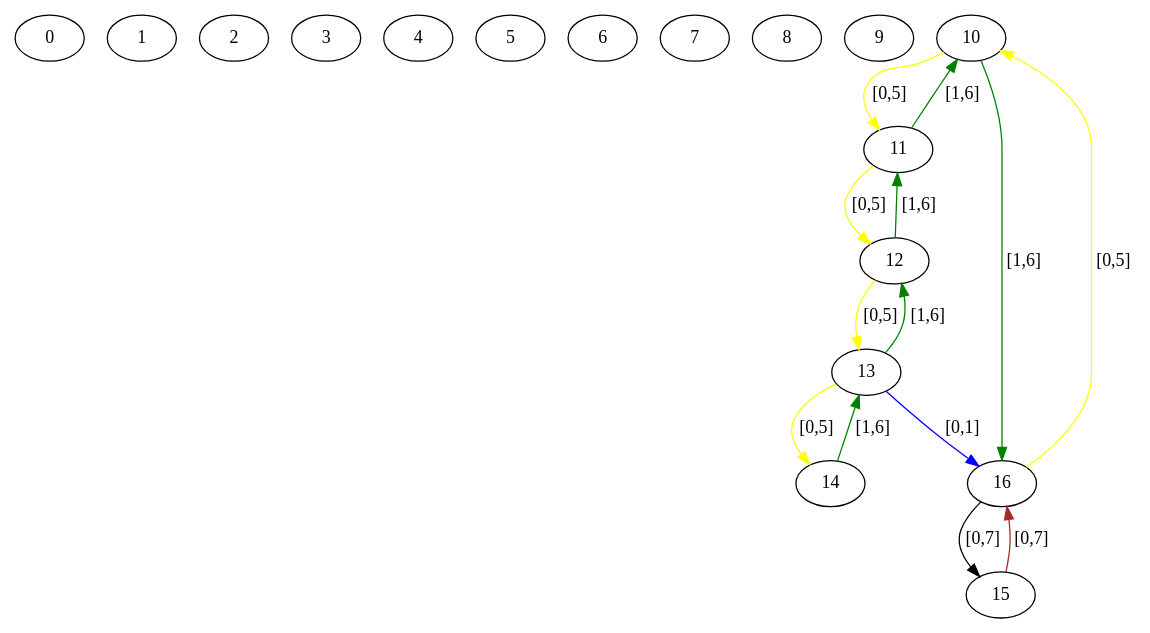
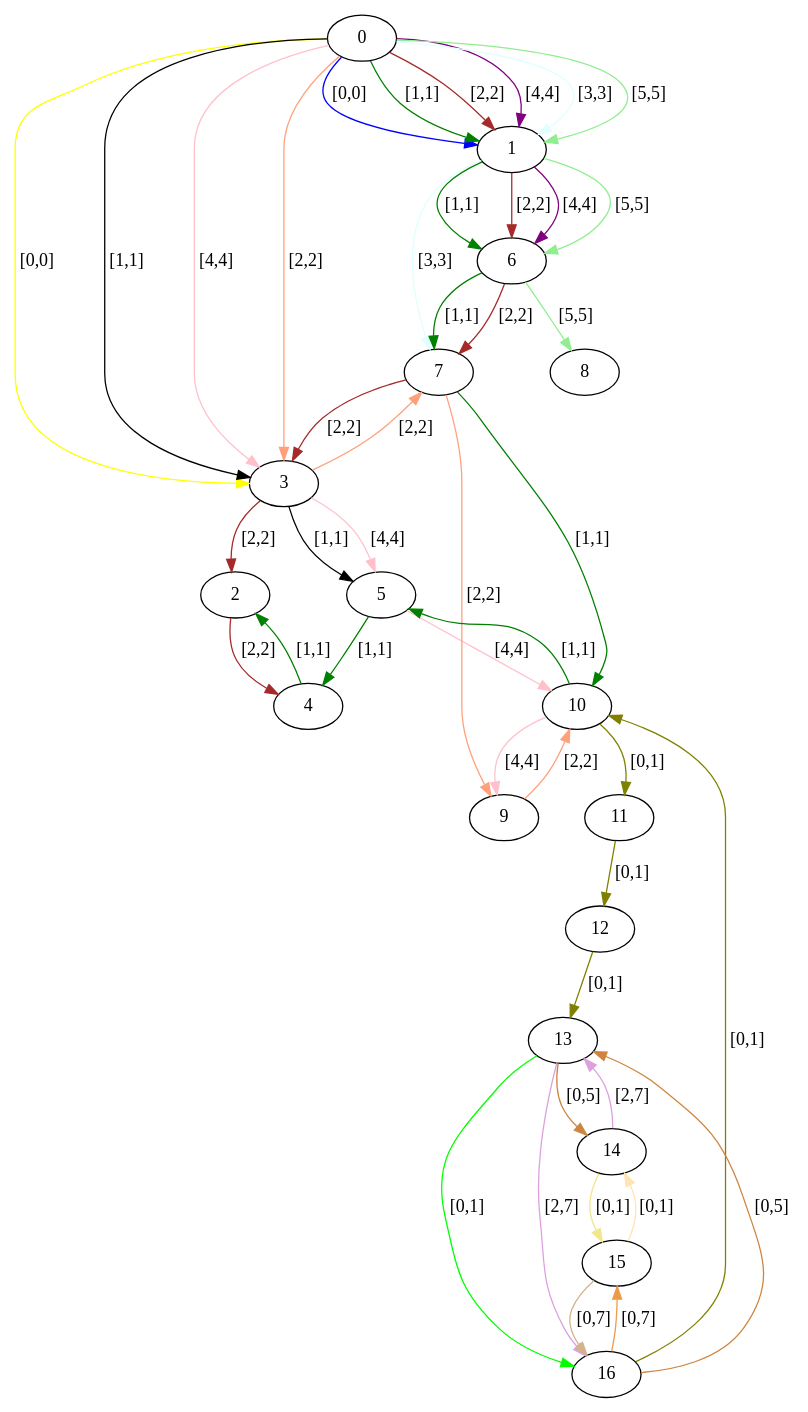
The diagram in src/assignedGraphs/assigned.dot (Hebbe1234/ExpectAll), drawn with Graphviz before and after one commit. The commit also changed 3 other files, not shown here.

```diff
--- a/src/assignedGraphs/assigned.dot
+++ b/src/assignedGraphs/assigned.dot
@@ -1,32 +1,64 @@
 digraph  {
 0 [label=0];
 1 [label=1];
 2 [label=2];
 3 [label=3];
 4 [label=4];
 5 [label=5];
 6 [label=6];
 7 [label=7];
 8 [label=8];
 9 [label=9];
 10 [label=10];
 11 [label=11];
 12 [label=12];
 13 [label=13];
 14 [label=14];
 15 [label=15];
 16 [label=16];
-10 -> 16  [color=green, key=0, label="[1,6]"];
-10 -> 11  [color=yellow, key=0, label="[0,5]"];
-11 -> 10  [color=green, key=0, label="[1,6]"];
-11 -> 12  [color=yellow, key=0, label="[0,5]"];
-12 -> 11  [color=green, key=0, label="[1,6]"];
-12 -> 13  [color=yellow, key=0, label="[0,5]"];
-13 -> 16  [color=blue, key=0, label="[0,1]"];
-13 -> 12  [color=green, key=0, label="[1,6]"];
-13 -> 14  [color=yellow, key=0, label="[0,5]"];
-14 -> 13  [color=green, key=0, label="[1,6]"];
-15 -> 16  [color=brown, key=0, label="[0,7]"];
-16 -> 10  [color=yellow, key=0, label="[0,5]"];
-16 -> 15  [color=black, key=0, label="[0,7]"];
+0 -> 1  [color=blue, key=0, label="[0,0]"];
+0 -> 1  [color=green, key=1, label="[1,1]"];
+0 -> 1  [color=brown, key=2, label="[2,2]"];
+0 -> 1  [color=purple, key=3, label="[4,4]"];
+0 -> 1  [color=lightcyan, key=4, label="[3,3]"];
+0 -> 1  [color=lightgreen, key=5, label="[5,5]"];
+0 -> 3  [color=yellow, key=0, label="[0,0]"];
+0 -> 3  [color=black, key=1, label="[1,1]"];
+0 -> 3  [color=pink, key=2, label="[4,4]"];
+0 -> 3  [color=lightsalmon, key=3, label="[2,2]"];
+1 -> 6  [color=green, key=0, label="[1,1]"];
+1 -> 6  [color=brown, key=1, label="[2,2]"];
+1 -> 6  [color=purple, key=2, label="[4,4]"];
+1 -> 6  [color=lightgreen, key=3, label="[5,5]"];
+1 -> 7  [color=lightcyan, key=0, label="[3,3]"];
+2 -> 4  [color=brown, key=0, label="[2,2]"];
+3 -> 2  [color=brown, key=0, label="[2,2]"];
+3 -> 5  [color=black, key=0, label="[1,1]"];
+3 -> 5  [color=pink, key=1, label="[4,4]"];
+3 -> 7  [color=lightsalmon, key=0, label="[2,2]"];
+4 -> 2  [color=green, key=0, label="[1,1]"];
+5 -> 4  [color=green, key=0, label="[1,1]"];
+5 -> 10  [color=pink, key=0, label="[4,4]"];
+6 -> 7  [color=green, key=0, label="[1,1]"];
+6 -> 7  [color=brown, key=1, label="[2,2]"];
+6 -> 8  [color=lightgreen, key=0, label="[5,5]"];
+7 -> 10  [color=green, key=0, label="[1,1]"];
+7 -> 3  [color=brown, key=0, label="[2,2]"];
+7 -> 9  [color=lightsalmon, key=0, label="[2,2]"];
+9 -> 10  [color=lightsalmon, key=0, label="[2,2]"];
+10 -> 5  [color=green, key=0, label="[1,1]"];
+10 -> 9  [color=pink, key=0, label="[4,4]"];
+10 -> 11  [color=olive, key=0, label="[0,1]"];
+11 -> 12  [color=olive, key=0, label="[0,1]"];
+12 -> 13  [color=olive, key=0, label="[0,1]"];
+13 -> 16  [color=lime, key=0, label="[0,1]"];
+13 -> 16  [color=plum, key=1, label="[2,7]"];
+13 -> 14  [color=peru, key=0, label="[0,5]"];
+14 -> 15  [color=khaki, key=0, label="[0,1]"];
+14 -> 13  [color=plum, key=0, label="[2,7]"];
+15 -> 14  [color=moccasin, key=0, label="[0,1]"];
+15 -> 16  [color=tan, key=0, label="[0,7]"];
+16 -> 10  [color=olive, key=0, label="[0,1]"];
+16 -> 13  [color=peru, key=0, label="[0,5]"];
+16 -> 15  [color=tan2, key=0, label="[0,7]"];
 }
```
